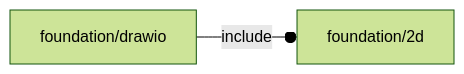
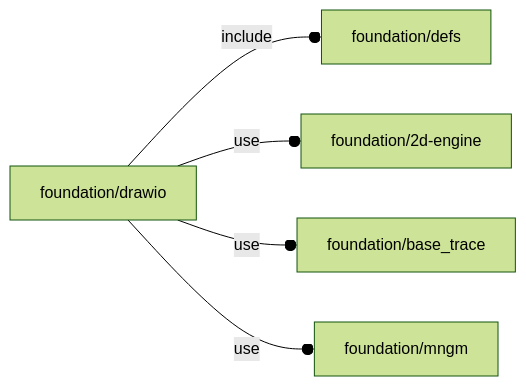
One commit to ggabbiani/OFL changed the diagram in orthodocs/foundation/drawio.md. Above: the diagram before and after it, drawn with Mermaid (forest theme). The commit also changed 74 other files, not shown here.

````diff
--- a/orthodocs/foundation/drawio.md
+++ b/orthodocs/foundation/drawio.md
@@ -5,4 +5,7 @@
 ```mermaid
 graph LR
-    A1[foundation/drawio] --o|include| A2[foundation/2d]
+    A1[foundation/drawio] --o|include| A2[foundation/defs]
+    A1 --o|use| A3[foundation/2d-engine]
+    A1 --o|use| A4[foundation/base_trace]
+    A1 --o|use| A5[foundation/mngm]
 ```
````
